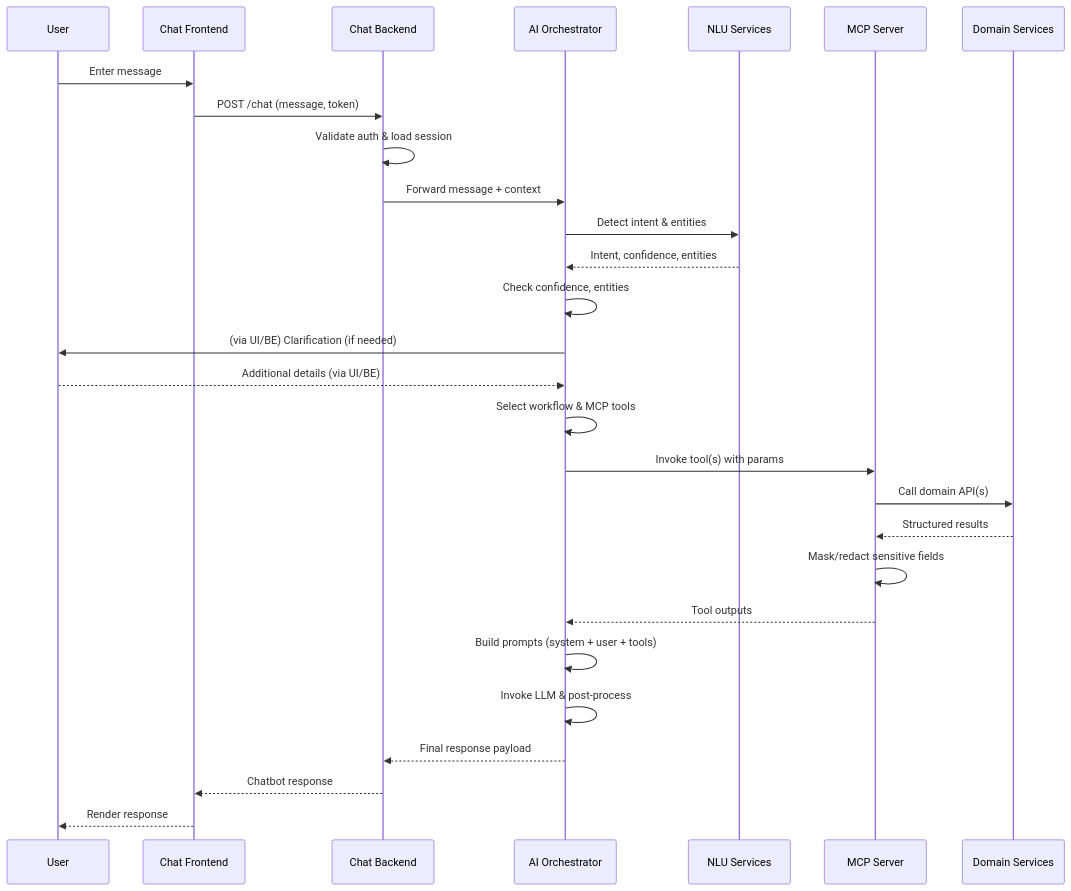
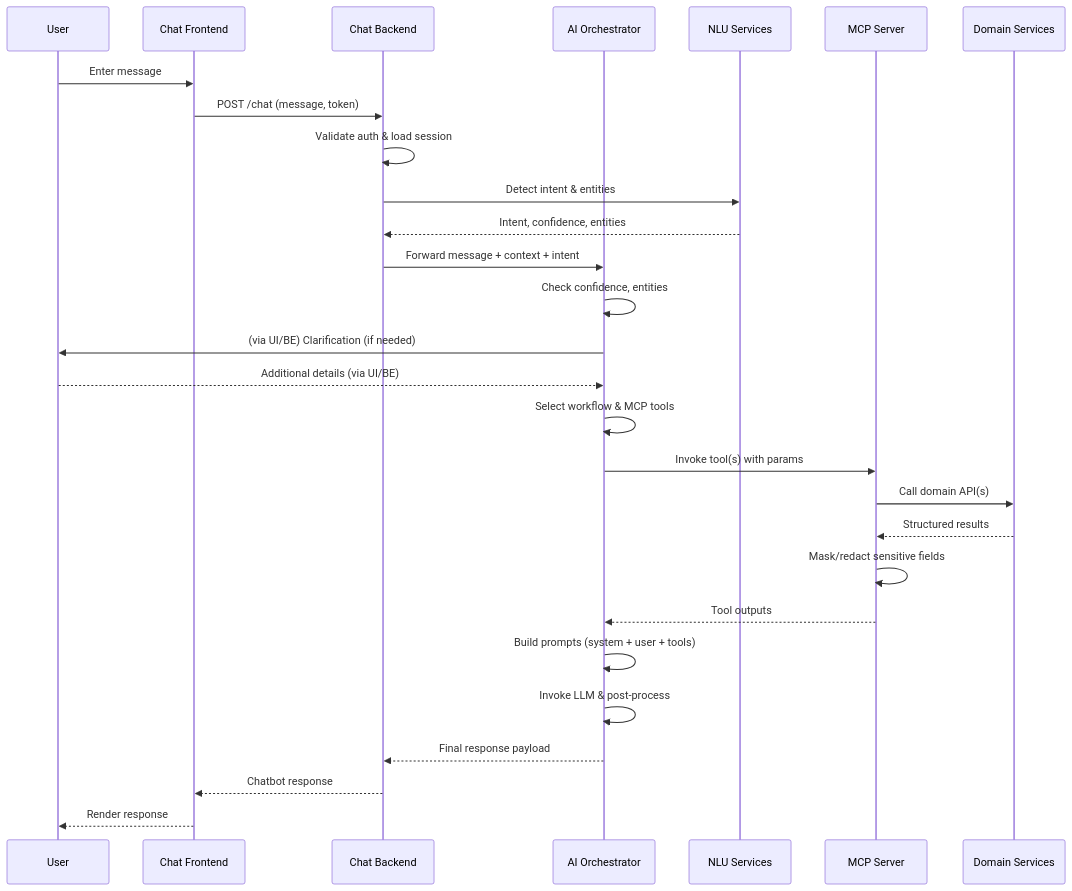
One commit to kishorekota-dev/map_demo changed the third of 6 diagrams in white+paper_banking_chat.md. Above: the diagram before and after it, drawn with Mermaid.

````diff
--- a/white+paper_banking_chat.md
+++ b/white+paper_banking_chat.md
@@ -186,34 +186,35 @@
 ```mermaid
 sequenceDiagram
   participant U as User
   participant UI as Chat Frontend
   participant BE as Chat Backend
   participant ORCH as AI Orchestrator
   participant NLU as NLU Services
   participant MCP as MCP Server
   participant SVC as Domain Services
 
   U->>UI: Enter message
   UI->>BE: POST /chat (message, token)
   BE->>BE: Validate auth & load session
-  BE->>ORCH: Forward message + context
 
-  ORCH->>NLU: Detect intent & entities
-  NLU-->>ORCH: Intent, confidence, entities
+  BE->>NLU: Detect intent & entities
+  NLU-->>BE: Intent, confidence, entities
+
+  BE->>ORCH: Forward message + context + intent
   ORCH->>ORCH: Check confidence, entities
   ORCH->>U: (via UI/BE) Clarification (if needed)
   U-->>ORCH: Additional details (via UI/BE)
 
   ORCH->>ORCH: Select workflow & MCP tools
   ORCH->>MCP: Invoke tool(s) with params
   MCP->>SVC: Call domain API(s)
   SVC-->>MCP: Structured results
   MCP->>MCP: Mask/redact sensitive fields
   MCP-->>ORCH: Tool outputs
 
   ORCH->>ORCH: Build prompts (system + user + tools)
   ORCH->>ORCH: Invoke LLM & post-process
   ORCH-->>BE: Final response payload
   BE-->>UI: Chatbot response
   UI-->>U: Render response
 ```
````
